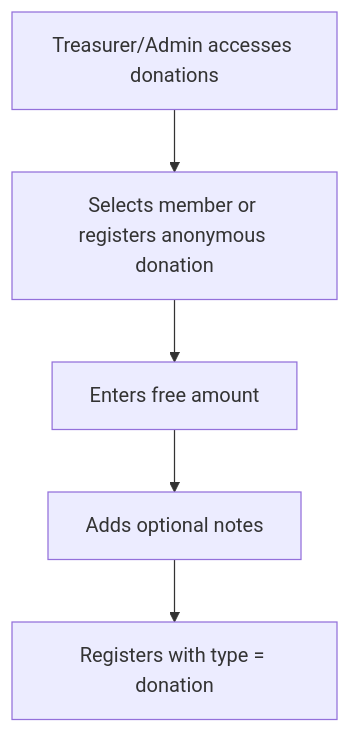
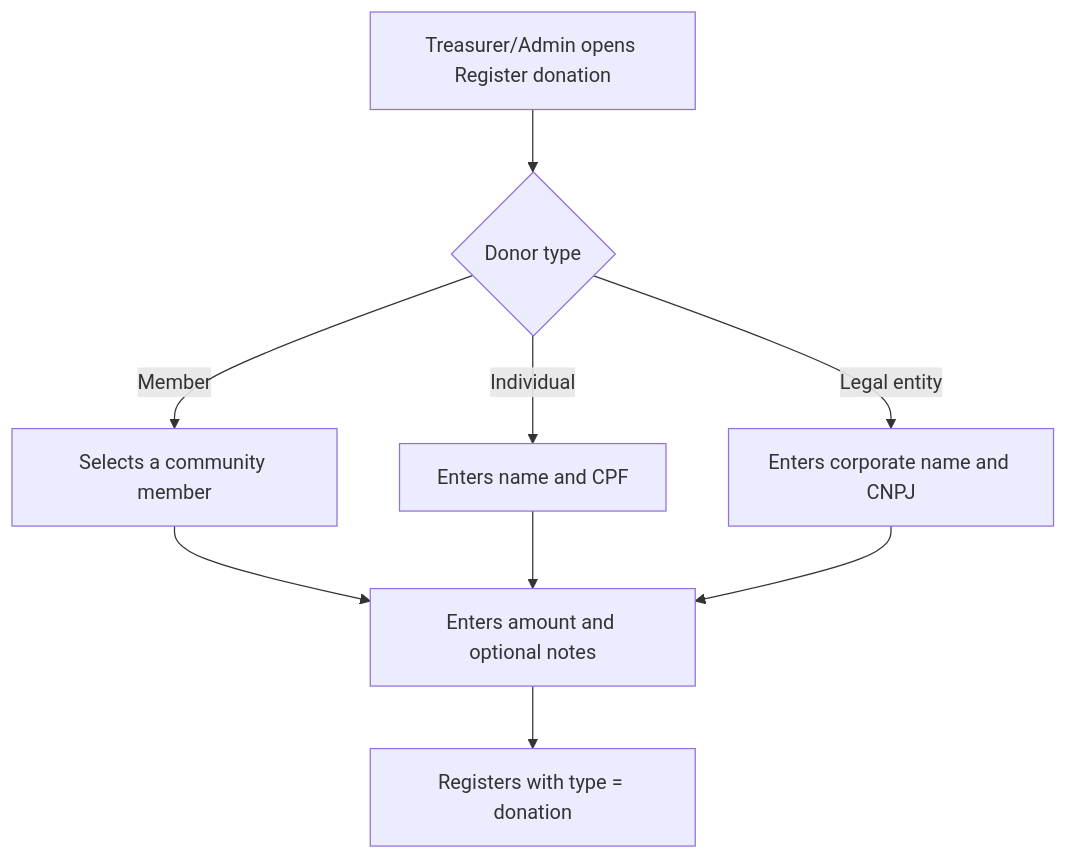
The seventh of 8 diagrams in docs/flows/04-contributions.md (HDias/community), drawn with Mermaid before and after one commit. The commit also changed other lines of this file and 4 other files, not shown here.

````diff
--- a/docs/flows/04-contributions.md
+++ b/docs/flows/04-contributions.md
@@ -99,7 +151,11 @@
 ```mermaid
 flowchart TD
-    A[Treasurer/Admin accesses donations] --> B[Selects member or registers anonymous donation]
-    B --> C[Enters free amount]
-    C --> D[Adds optional notes]
-    D --> E[Registers with type = donation]
+    A[Treasurer/Admin opens Register donation] --> B{Donor type}
+    B -->|Member| C[Selects a community member]
+    B -->|Individual| D[Enters name and CPF]
+    B -->|Legal entity| E[Enters corporate name and CNPJ]
+    C --> F[Enters amount and optional notes]
+    D --> F
+    E --> F
+    F --> G[Registers with type = donation]
 ```
````
